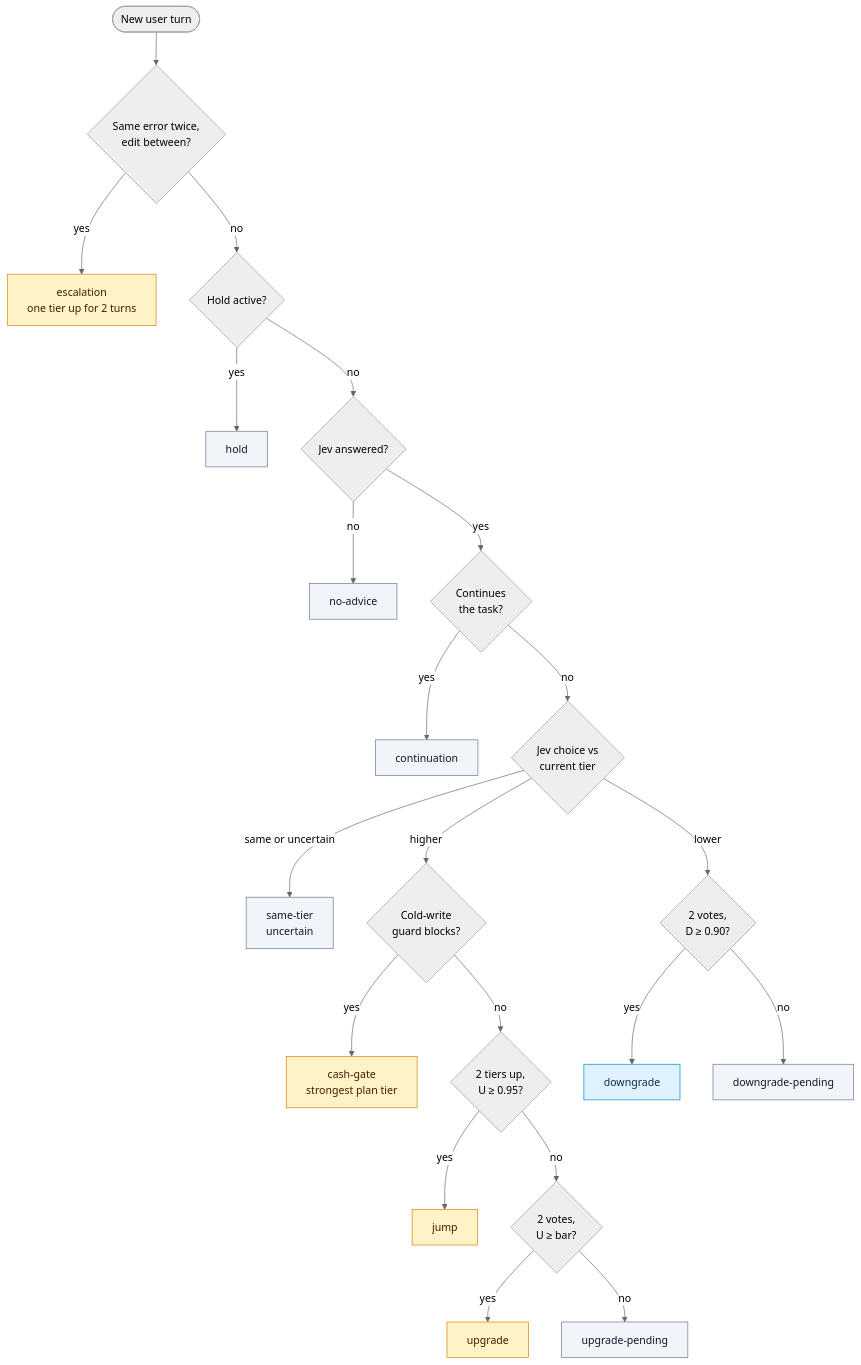
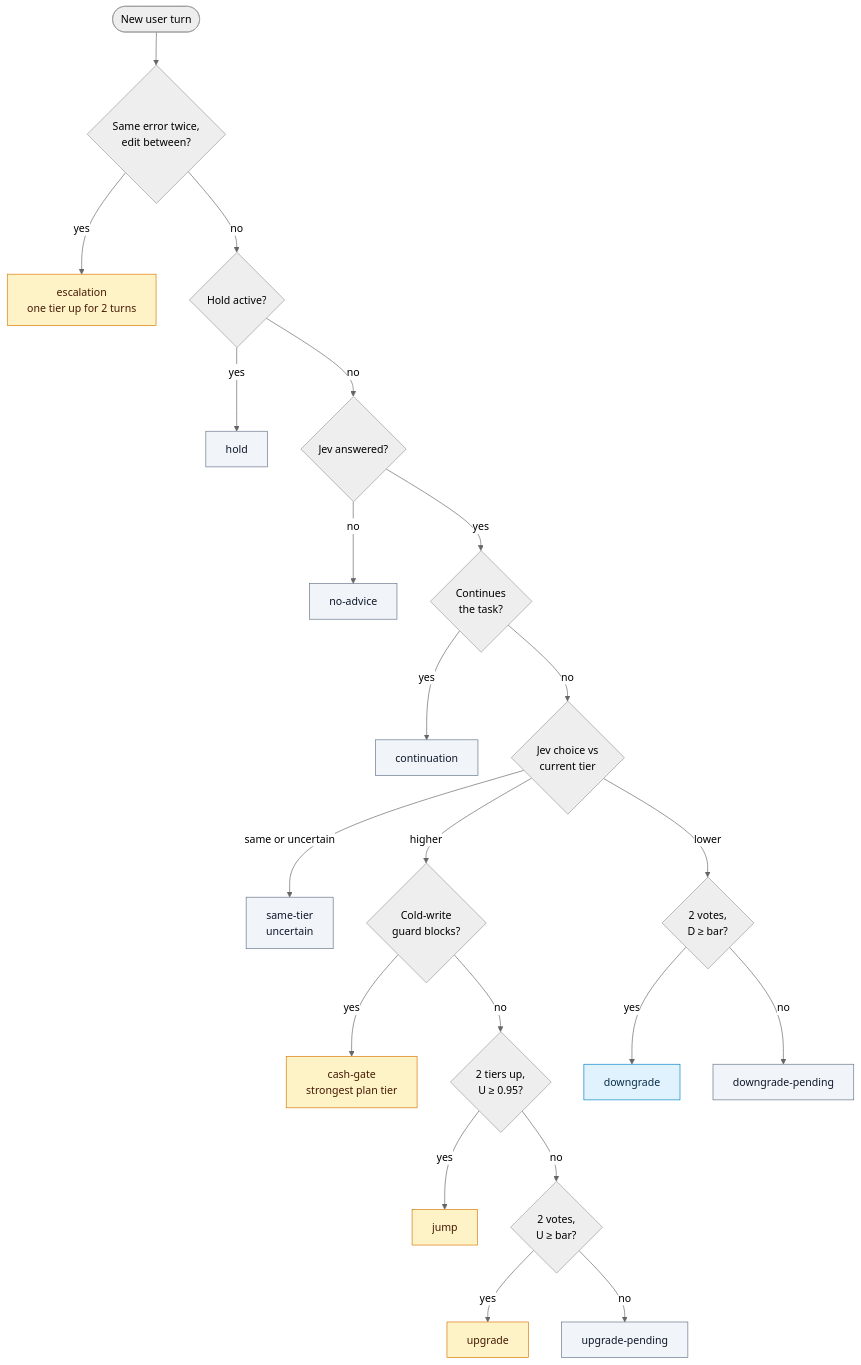
One commit to alexei-led/claude-router changed the fourth of 8 diagrams in docs/architecture.md. Above: the diagram before and after it, drawn with Mermaid (neutral theme). The commit also changed other lines of this file and 4 other files, not shown here.

````diff
--- a/docs/architecture.md
+++ b/docs/architecture.md
@@ -169,30 +169,30 @@
 ```mermaid
 flowchart TD
   S(["New user turn"]) --> ERR{"Same error twice,<br/>edit between?"}
   ERR -- yes --> ESC["escalation<br/>one tier up for 2 turns"]
   ERR -- no --> HOLD{"Hold active?"}
   HOLD -- yes --> R1["hold"]
   HOLD -- no --> ADV{"Jev answered?"}
   ADV -- no --> R2["no-advice"]
   ADV -- yes --> CONT{"Continues<br/>the task?"}
   CONT -- yes --> R3["continuation"]
   CONT -- no --> DIR{"Jev choice vs<br/>current tier"}
   DIR -- "same or uncertain" --> R4["same-tier<br/>uncertain"]
   DIR -- higher --> GUARD{"Cold-write<br/>guard blocks?"}
   GUARD -- yes --> CG["cash-gate<br/>strongest plan tier"]
   GUARD -- no --> JMP{"2 tiers up,<br/>U ≥ 0.95?"}
   JMP -- yes --> JUMP["jump"]
   JMP -- no --> UPQ{"2 votes,<br/>U ≥ bar?"}
   UPQ -- yes --> UP["upgrade"]
   UPQ -- no --> R5["upgrade-pending"]
-  DIR -- lower --> DNQ{"2 votes,<br/>D ≥ 0.90?"}
+  DIR -- lower --> DNQ{"2 votes,<br/>D ≥ bar?"}
   DNQ -- yes --> DOWN["downgrade"]
   DNQ -- no --> R6["downgrade-pending"]
 
   classDef stay fill:#f1f5f9,stroke:#64748b,color:#0f172a
   classDef up fill:#fef3c7,stroke:#d97706,color:#451a03
   classDef down fill:#e0f2fe,stroke:#0284c7,color:#082f49
   class R1,R2,R3,R4,R5,R6 stay
   class ESC,CG,JUMP,UP up
   class DOWN down
 ```
````
